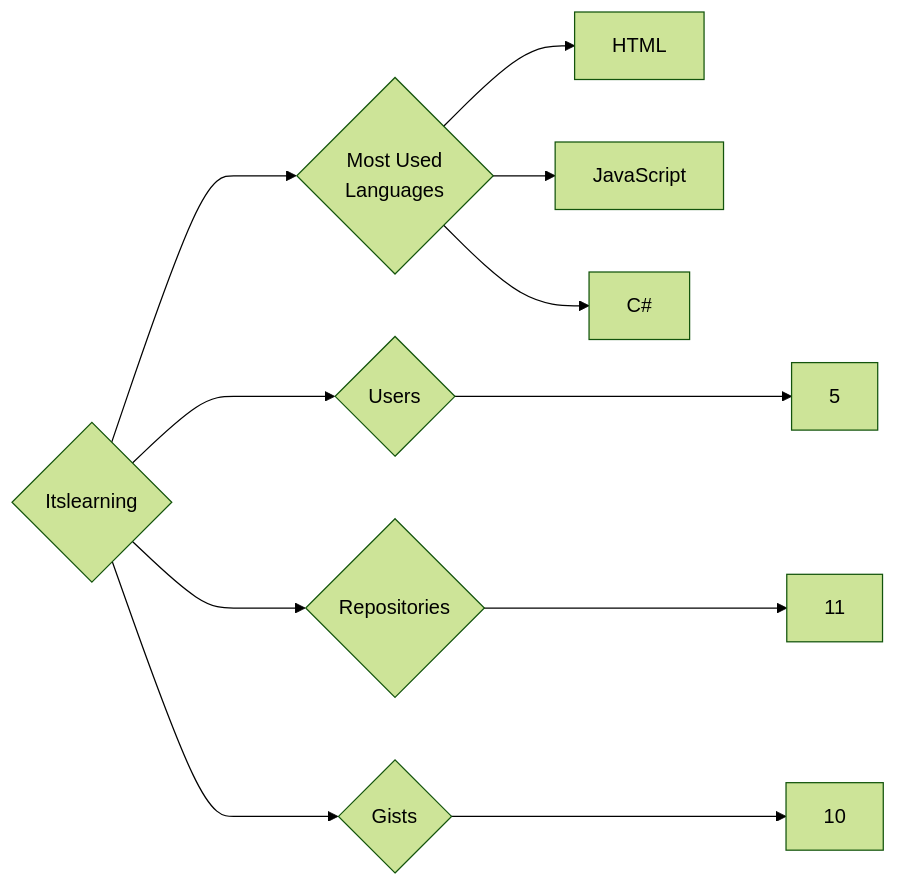
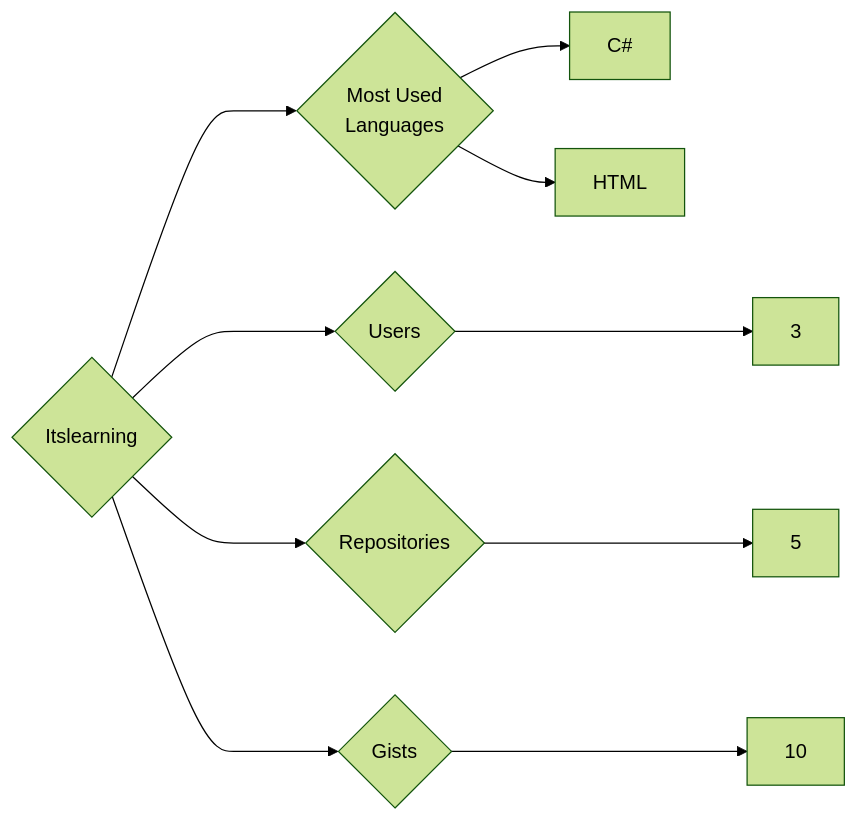
Before and after one commit to trickest/insiders: the diagram in targets/Itslearning/README.md, drawn with Mermaid (forest theme). The commit also changed 888 other files, not shown here.

````diff
--- a/targets/Itslearning/README.md
+++ b/targets/Itslearning/README.md
@@ -3,11 +3,10 @@
 ```mermaid
 graph LR
 COMPANY_NAME{Itslearning}
-COMPANY_NAME ---> U{Users} ---> UN[5]
-COMPANY_NAME ---> R{Repositories} ---> RN[11]
+COMPANY_NAME ---> U{Users} ---> UN[3]
+COMPANY_NAME ---> R{Repositories} ---> RN[5]
 COMPANY_NAME ---> G{Gists} ---> GN[10]
 COMPANY_NAME ---> ML{Most Used<br>Languages}
+ML --> C#[C#]
 ML --> HTML[HTML]
-ML --> JavaScript[JavaScript]
-ML --> C#[C#]
 ```
````
